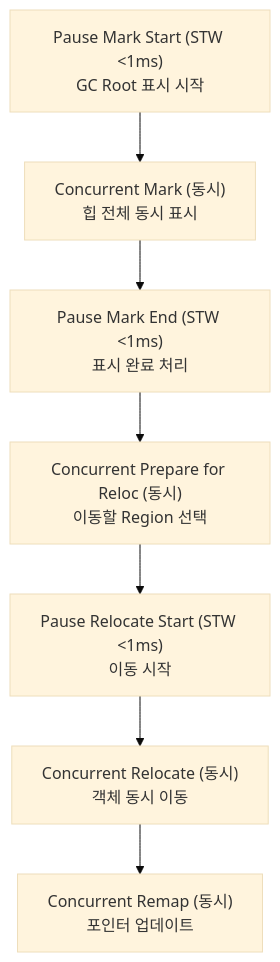
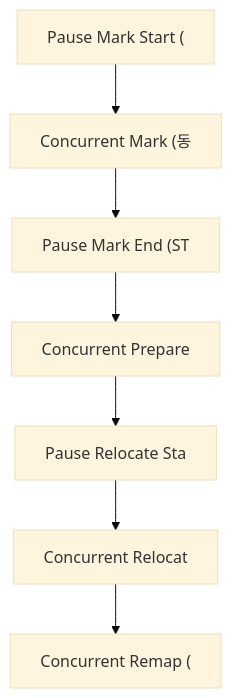
Before and after one commit to yjkim2015/yjkim2015.github.io: diagram 18 of 29 in _posts/java/2026-05-01-java-garbage-collector.md, drawn with Mermaid (base theme). The commit also changed other lines of this file and 271 other files, not shown here.

First line of the commit message:
Mermaid 라벨 축소: 긴 노드 텍스트 18자 이하로 트림 + \n 제거

````diff
--- a/_posts/java/2026-05-01-java-garbage-collector.md
+++ b/_posts/java/2026-05-01-java-garbage-collector.md
@@ -393,11 +393,11 @@
 ```mermaid
 graph TD
-    PMS["Pause Mark Start (STW &lt;1ms)\nGC Root 표시 시작"]
-    CM["Concurrent Mark (동시)\n힙 전체 동시 표시"]
-    PME["Pause Mark End (STW &lt;1ms)\n표시 완료 처리"]
-    CPR["Concurrent Prepare for Reloc (동시)\n이동할 Region 선택"]
-    PRS["Pause Relocate Start (STW &lt;1ms)\n이동 시작"]
-    CR["Concurrent Relocate (동시)\n객체 동시 이동"]
-    CRM["Concurrent Remap (동시)\n포인터 업데이트"]
+    PMS["Pause Mark Start ("]
+    CM["Concurrent Mark (동"]
+    PME["Pause Mark End (ST"]
+    CPR["Concurrent Prepare"]
+    PRS["Pause Relocate Sta"]
+    CR["Concurrent Relocat"]
+    CRM["Concurrent Remap ("]
     PMS --> CM --> PME --> CPR --> PRS --> CR --> CRM
 ```
````
